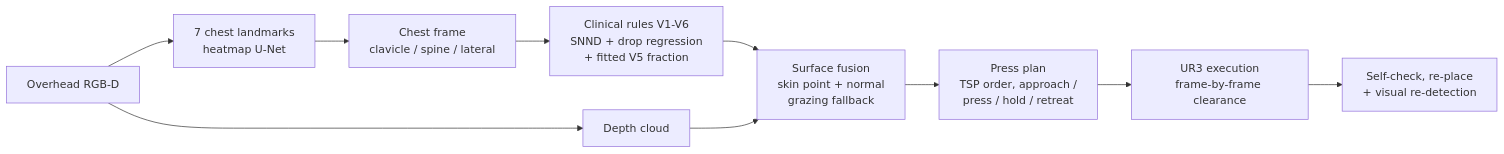
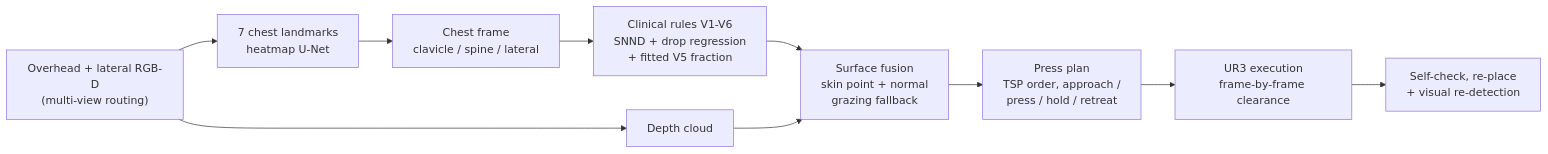
One commit to Jxy-yxJ/RoboECG changed the diagram in README.md. Above: the diagram before and after it, drawn with Mermaid. The commit also changed other lines of this file and 78 other files, not shown here.

````diff
--- a/README.md
+++ b/README.md
@@ -56,12 +57,12 @@
 ```mermaid
 flowchart LR
-    A[Overhead RGB-D] --> B[7 chest landmarks<br/>heatmap U-Net]
+    A["Overhead + lateral RGB-D<br/>(multi-view routing)"] --> B[7 chest landmarks<br/>heatmap U-Net]
     B --> C[Chest frame<br/>clavicle / spine / lateral]
     C --> D[Clinical rules V1-V6<br/>SNND + drop regression<br/>+ fitted V5 fraction]
     A --> E[Depth cloud]
     D --> F[Surface fusion<br/>skin point + normal<br/>grazing fallback]
     E --> F
     F --> G[Press plan<br/>TSP order, approach /<br/>press / hold / retreat]
     G --> H[UR3 execution<br/>frame-by-frame clearance]
     H --> I[Self-check, re-place<br/>+ visual re-detection]
 ```
````
